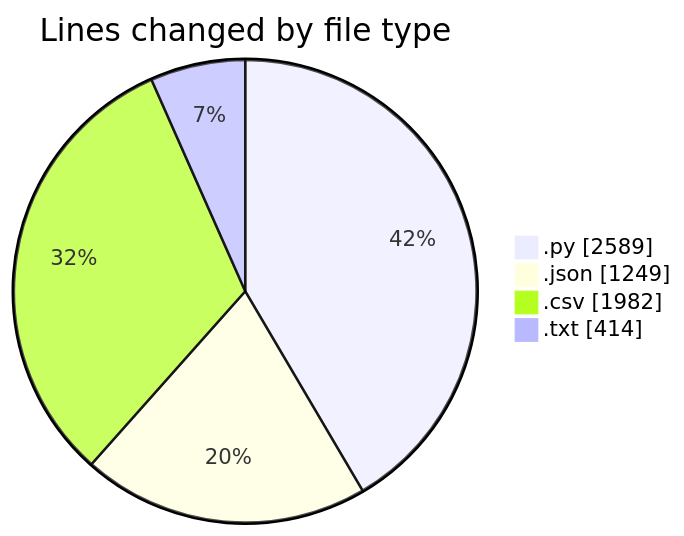
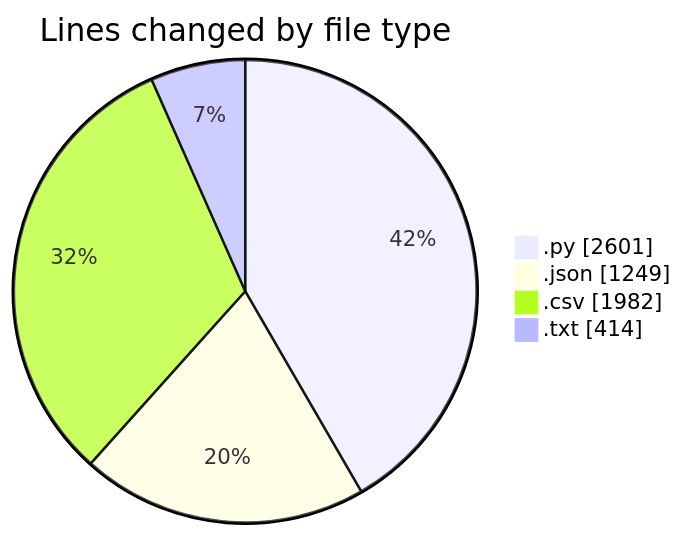
One commit to EIIisD/code-tracking changed the first of 2 diagrams in 2025-07-28/refunds/README.md. Above: the diagram before and after it, drawn with Mermaid. The commit also changed other lines of this file and 1 other file, not shown here.

````diff
--- a/2025-07-28/refunds/README.md
+++ b/2025-07-28/refunds/README.md
@@ -25,8 +25,8 @@
 ```mermaid
 pie showData
 title Lines changed by file type
-".py" : 2589
+".py" : 2601
 ".json" : 1249
 ".csv" : 1982
 ".txt" : 414
 ```
````
